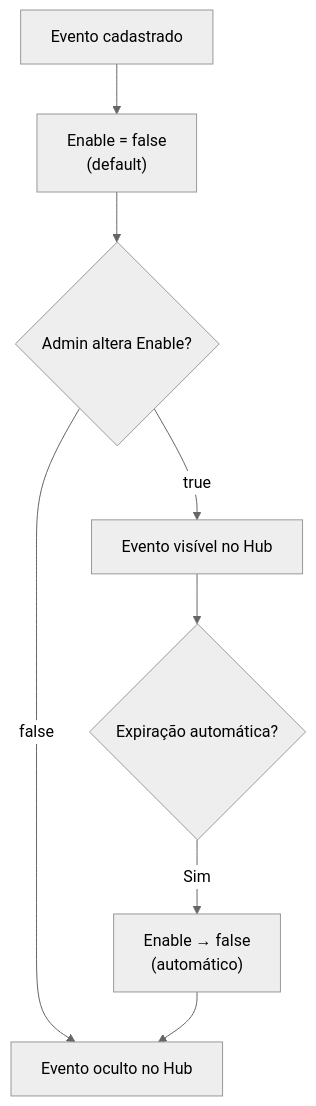
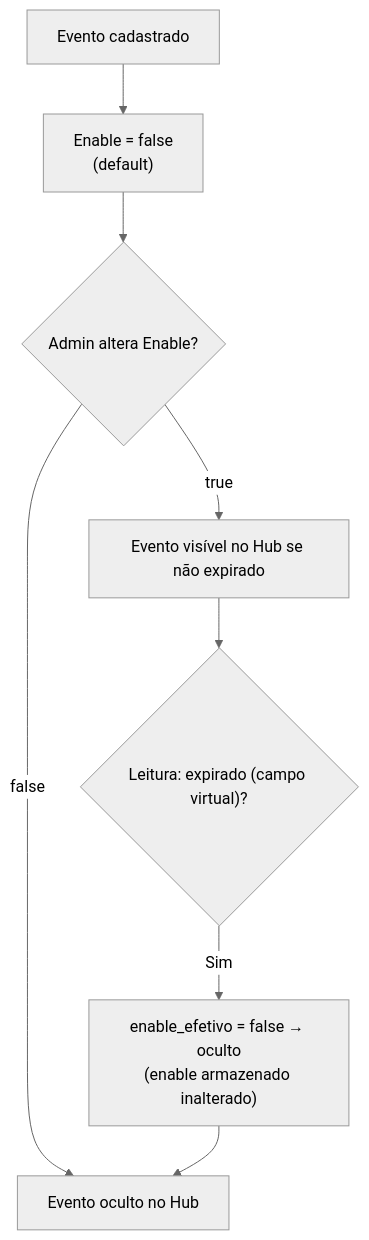
Before and after one commit to matheu5leone/karmaleoes-admin: the fifth of 5 diagrams in modules/GESTAO_EVENTOS/FLOWCHART.md, drawn with Mermaid (neutral theme). The commit also changed other lines of this file and 10 other files, not shown here.

First line of the commit message:
docs: orçamento, revisões de spec e roadmap de desenvolvimento do Admin

````diff
--- a/modules/GESTAO_EVENTOS/FLOWCHART.md
+++ b/modules/GESTAO_EVENTOS/FLOWCHART.md
@@ -72,10 +72,10 @@
 ```mermaid
 flowchart TD
     A[Evento cadastrado] --> B["Enable = false\n(default)"]
     B --> C{Admin altera Enable?}
-    C -- true --> D[Evento visível no Hub]
+    C -- true --> D[Evento visível no Hub se não expirado]
     C -- false --> E[Evento oculto no Hub]
-    D --> F{Expiração automática?}
-    F -- Sim --> G["Enable → false\n(automático)"]
+    D --> F{"Leitura: expirado (campo virtual)?"}
+    F -- Sim --> G["enable_efetivo = false → oculto\n(enable armazenado inalterado)"]
     G --> E
 ```
````
